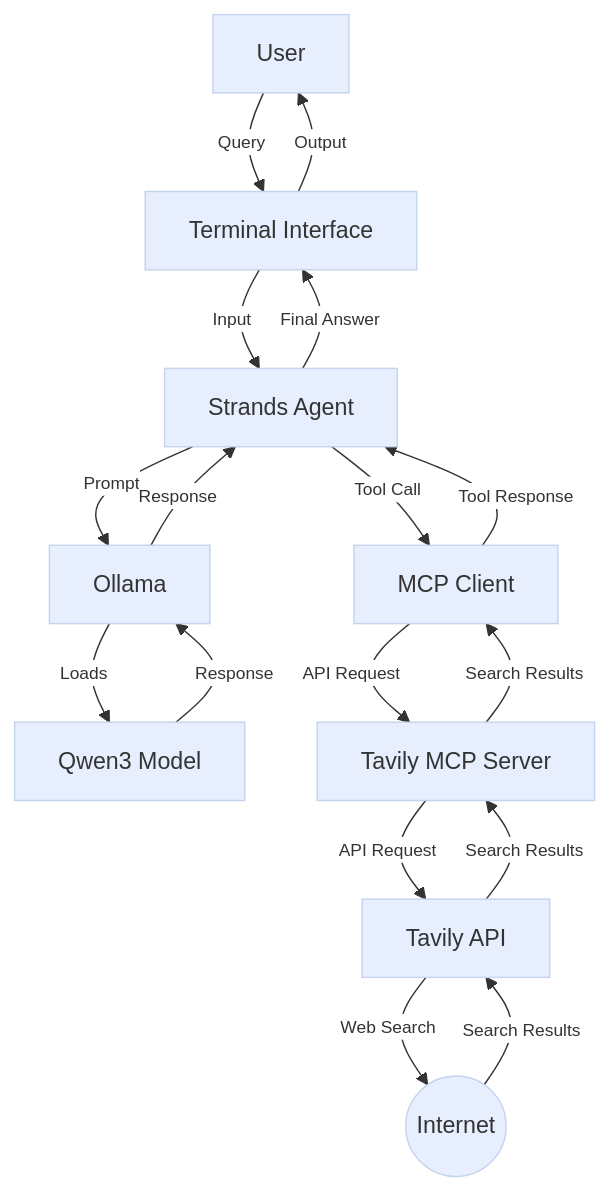
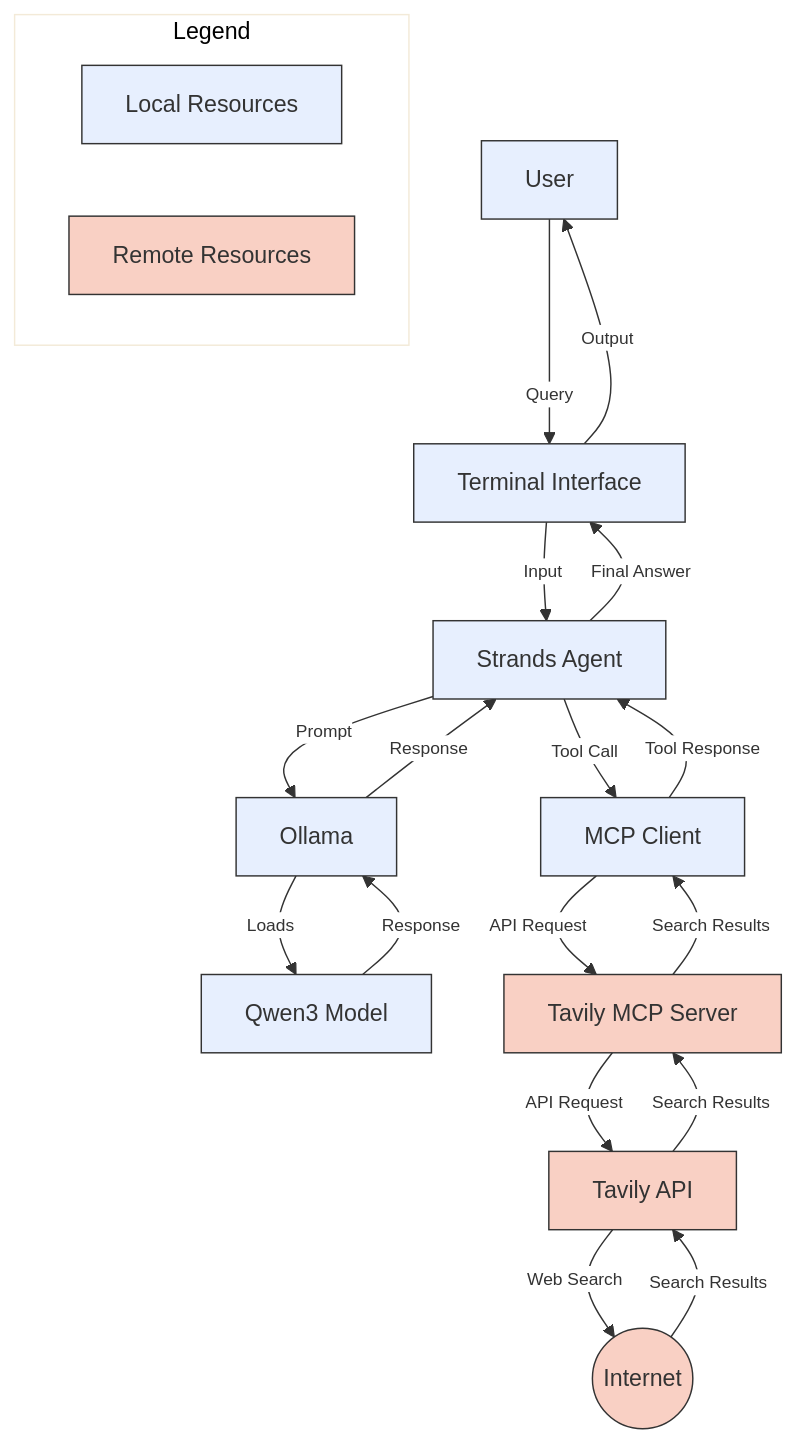
Before and after one commit to garystafford/web-research-agent-demo: the diagram in README.md, drawn with Mermaid. The commit also changed other lines of this file and 1 other file, not shown here.

````diff
--- a/README.md
+++ b/README.md
@@ -7,22 +7,40 @@
 ```mermaid
 %%{init: {'theme': 'base', 'themeVariables': { 'edgeLabelBackground': '#ffffff', 'primaryColor': '#e7effe' }}}%%
 flowchart TD
+    %% Local Resources
     User[User] -->|Query| Terminal[Terminal Interface]
     Terminal -->|Input| Agent[Strands Agent]
     Agent -->|Prompt| Ollama[Ollama]
     Ollama -->|Loads| Qwen3[Qwen3 Model]
     Agent -->|Tool Call| MCPClient[MCP Client]
-    MCPClient -->|API Request| TavilyMCP[Tavily MCP Server]
-    TavilyMCP -->|API Request| TavilyAPI[Tavily API]
-    TavilyAPI -->|Web Search| Internet((Internet))
+
+    %% Remote Resources (colored differently)
+    MCPClient -->|API Request| TavilyMCP[Tavily MCP Server]:::remoteResource
+    TavilyMCP -->|API Request| TavilyAPI[Tavily API]:::remoteResource
+    TavilyAPI -->|Web Search| Internet((Internet)):::remoteResource
     Internet -->|Search Results| TavilyAPI
     TavilyAPI -->|Search Results| TavilyMCP
+
+    %% Continue flow
     TavilyMCP -->|Search Results| MCPClient
     MCPClient -->|Tool Response| Agent
     Qwen3 -->|Response| Ollama
     Ollama -->|Response| Agent
     Agent -->|Final Answer| Terminal
     Terminal -->|Output| User
 
+    %% Style definitions
+    classDef localResource fill:#e7effe,stroke:#333,stroke-width:1px
+    classDef remoteResource fill:#f9d0c4,stroke:#333,stroke-width:1px
+
+    %% Apply local resource style to all nodes by default
+    class User,Terminal,Agent,Ollama,Qwen3,MCPClient localResource
+
     linkStyle default stroke:#333,stroke-width:1px,font-size:12px
+
+    %% Legend at the bottom of the diagram
+    subgraph Legend
+        LocalRes[Local Resources]:::localResource
+        RemoteRes[Remote Resources]:::remoteResource
+    end
 ```
````
